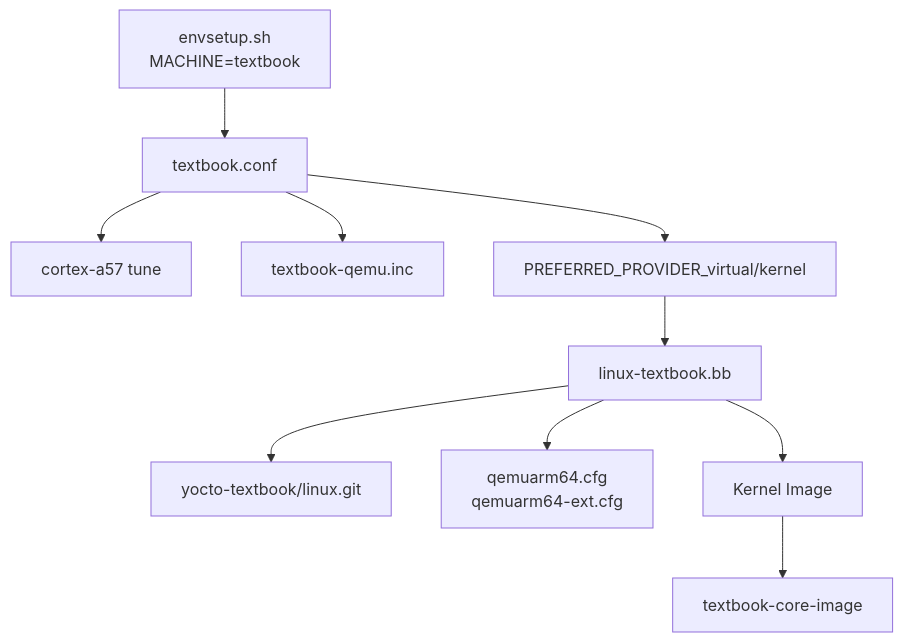
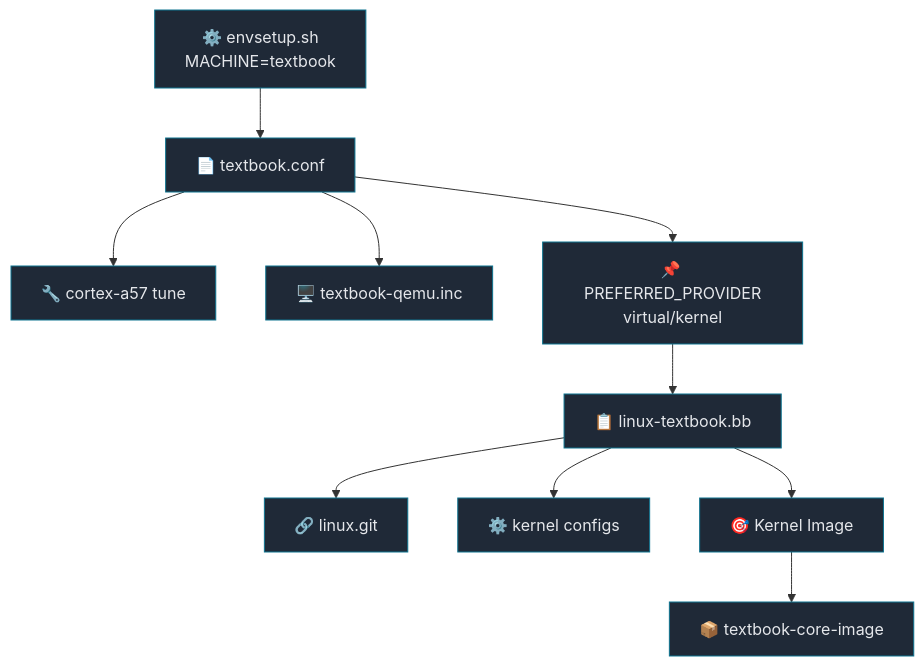
One commit to yocto-textbook/document changed the diagram in topics/03-bsp-machine-kernel.md. Above: the diagram before and after it, drawn with Mermaid. The commit also changed other lines of this file and 17 other files, not shown here.

````diff
--- a/topics/03-bsp-machine-kernel.md
+++ b/topics/03-bsp-machine-kernel.md
@@ -33,12 +47,23 @@
 ```mermaid
 flowchart TB
-    Env["envsetup.sh<br/>MACHINE=textbook"] --> Machine["textbook.conf"]
-    Machine --> Tune["cortex-a57 tune"]
-    Machine --> Qemu["textbook-qemu.inc"]
-    Machine --> Provider["PREFERRED_PROVIDER_virtual/kernel"]
-    Provider --> KernelRecipe["linux-textbook.bb"]
-    KernelRecipe --> KernelSource["yocto-textbook/linux.git"]
-    KernelRecipe --> Configs["qemuarm64.cfg<br/>qemuarm64-ext.cfg"]
-    KernelRecipe --> KernelImage["Kernel Image"]
-    KernelImage --> Image["textbook-core-image"]
+    Env["⚙️ envsetup.sh<br/>MACHINE=textbook"] --> Machine["📄 textbook.conf"]
+    Machine --> Tune["🔧 cortex-a57 tune"]
+    Machine --> Qemu["🖥️ textbook-qemu.inc"]
+    Machine --> Provider["📌 PREFERRED_PROVIDER<br/>virtual/kernel"]
+    Provider --> KernelRecipe["📋 linux-textbook.bb"]
+    KernelRecipe --> KernelSource["🔗 linux.git"]
+    KernelRecipe --> Configs["⚙️ kernel configs"]
+    KernelRecipe --> KernelImage["🎯 Kernel Image"]
+    KernelImage --> Image["📦 textbook-core-image"]
+
+    style Env fill:#1f2937,stroke:#0e7490,stroke-width:1px,color:#e5e7eb
+    style Machine fill:#1f2937,stroke:#0e7490,stroke-width:1px,color:#e5e7eb
+    style Tune fill:#1f2937,stroke:#0e7490,stroke-width:1px,color:#e5e7eb
+    style Qemu fill:#1f2937,stroke:#0e7490,stroke-width:1px,color:#e5e7eb
+    style Provider fill:#1f2937,stroke:#0e7490,stroke-width:1px,color:#e5e7eb
+    style KernelRecipe fill:#1f2937,stroke:#0e7490,stroke-width:1px,color:#e5e7eb
+    style KernelSource fill:#1f2937,stroke:#0e7490,stroke-width:1px,color:#e5e7eb
+    style Configs fill:#1f2937,stroke:#0e7490,stroke-width:1px,color:#e5e7eb
+    style KernelImage fill:#1f2937,stroke:#0e7490,stroke-width:1px,color:#e5e7eb
+    style Image fill:#1f2937,stroke:#0e7490,stroke-width:1px,color:#e5e7eb
 ```
````
